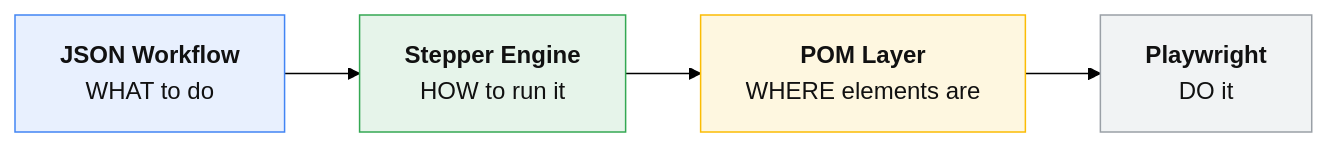
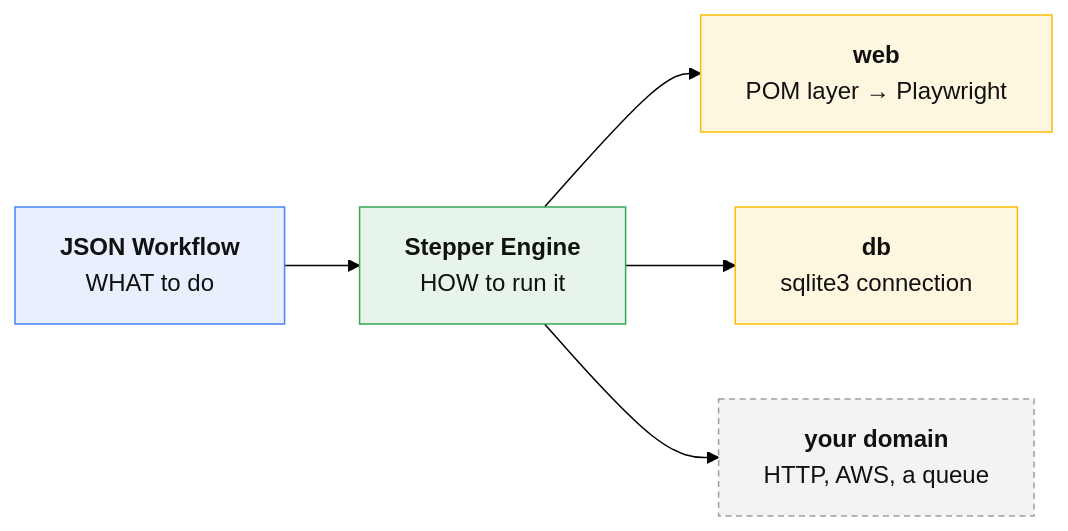
Before and after one commit to hamilton-sky/playwright-stepper-framework: the first of 3 diagrams in README.md, drawn with Mermaid (forest theme). The commit also changed other lines of this file, not shown here.

````diff
--- a/README.md
+++ b/README.md
@@ -18,11 +18,13 @@
 ```mermaid
 flowchart LR
     A["<b>JSON Workflow</b><br/>WHAT to do"] --> B["<b>Stepper Engine</b><br/>HOW to run it"]
-    B --> C["<b>POM Layer</b><br/>WHERE elements are"]
-    C --> D["<b>Playwright</b><br/>DO it"]
+    B --> W["<b>web</b><br/>POM layer → Playwright"]
+    B --> D["<b>db</b><br/>sqlite3 connection"]
+    B --> X["<b>your domain</b><br/>HTTP, AWS, a queue"]
 
     style A fill:#e8f0fe,stroke:#4285f4,color:#111
     style B fill:#e6f4ea,stroke:#34a853,color:#111
-    style C fill:#fef7e0,stroke:#fbbc04,color:#111
-    style D fill:#f1f3f4,stroke:#9aa0a6,color:#111
+    style W fill:#fef7e0,stroke:#fbbc04,color:#111
+    style D fill:#fef7e0,stroke:#fbbc04,color:#111
+    style X fill:#f1f3f4,stroke:#9aa0a6,stroke-dasharray:4 3,color:#111
 ```
````
